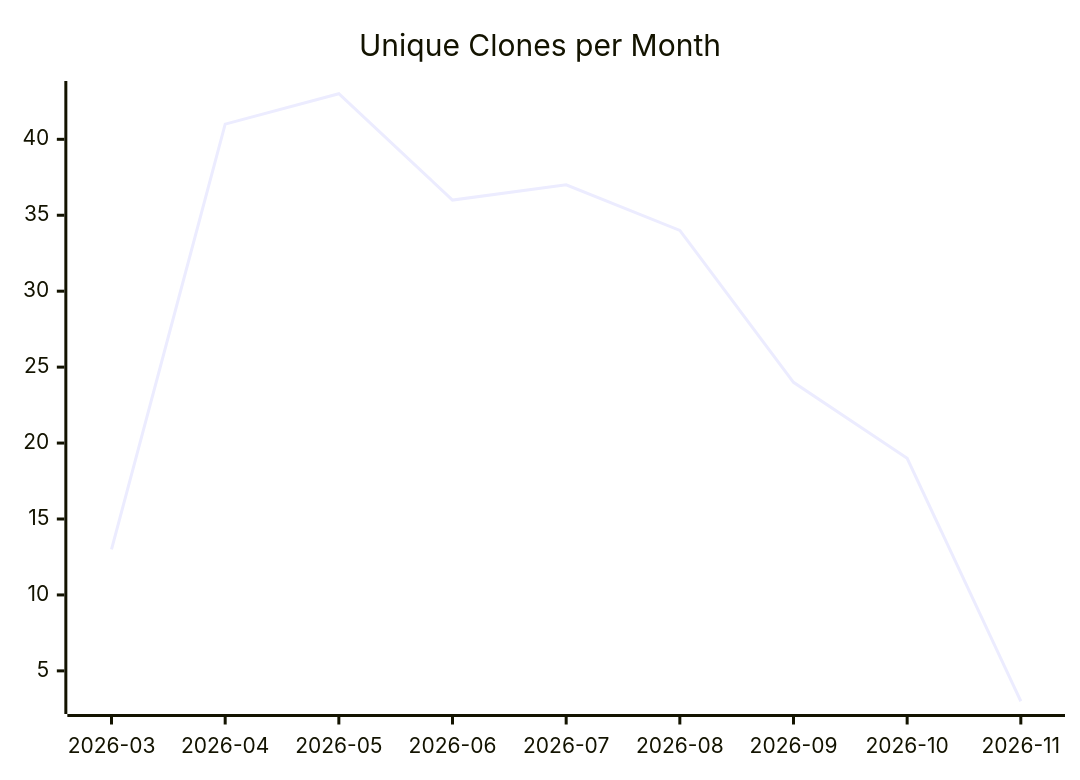
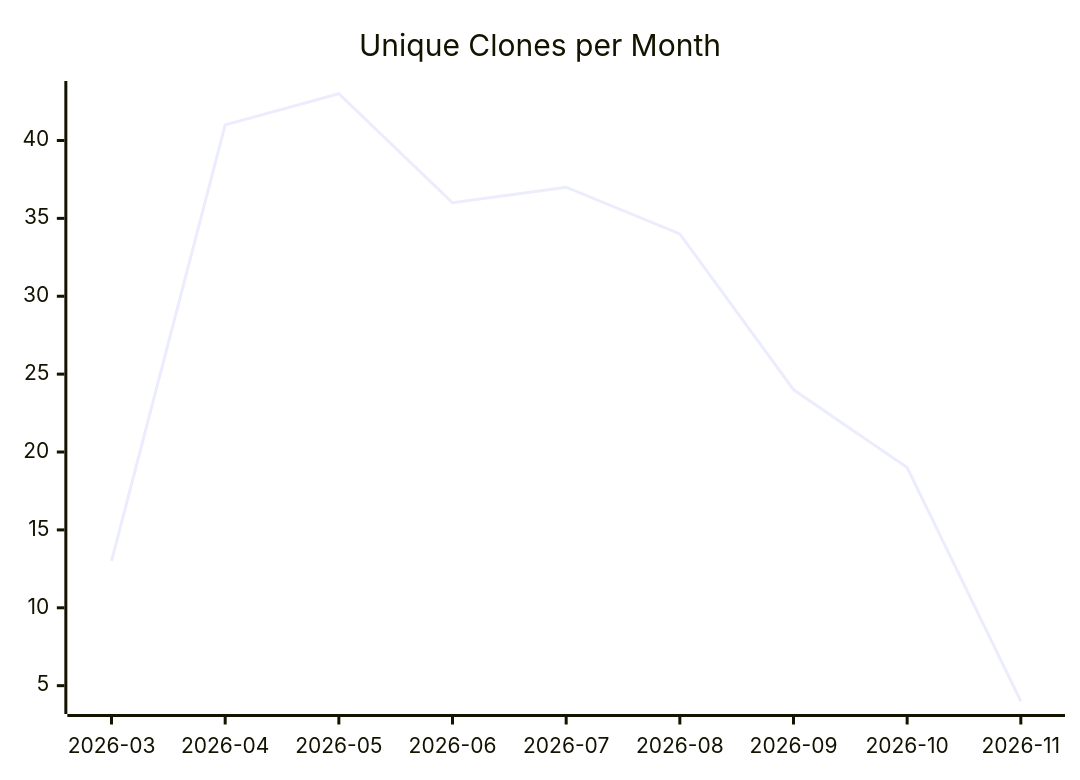
Before and after one commit to justdavis-family/github-analytics-data: the third of 3 diagrams in karlmdavis/usgs-water-api-java/README.md, drawn with Mermaid. The commit also changed other lines of this file and 193 other files, not shown here.

````diff
--- a/karlmdavis/usgs-water-api-java/README.md
+++ b/karlmdavis/usgs-water-api-java/README.md
@@ -19,6 +19,6 @@
 ```mermaid
 xychart-beta
   title "Unique Clones per Month"
   x-axis ["2026-03", "2026-04", "2026-05", "2026-06", "2026-07", "2026-08", "2026-09", "2026-10", "2026-11"]
-  line [13, 41, 43, 36, 37, 34, 24, 19, 3]
+  line [13, 41, 43, 36, 37, 34, 24, 19, 4]
 ```
````
